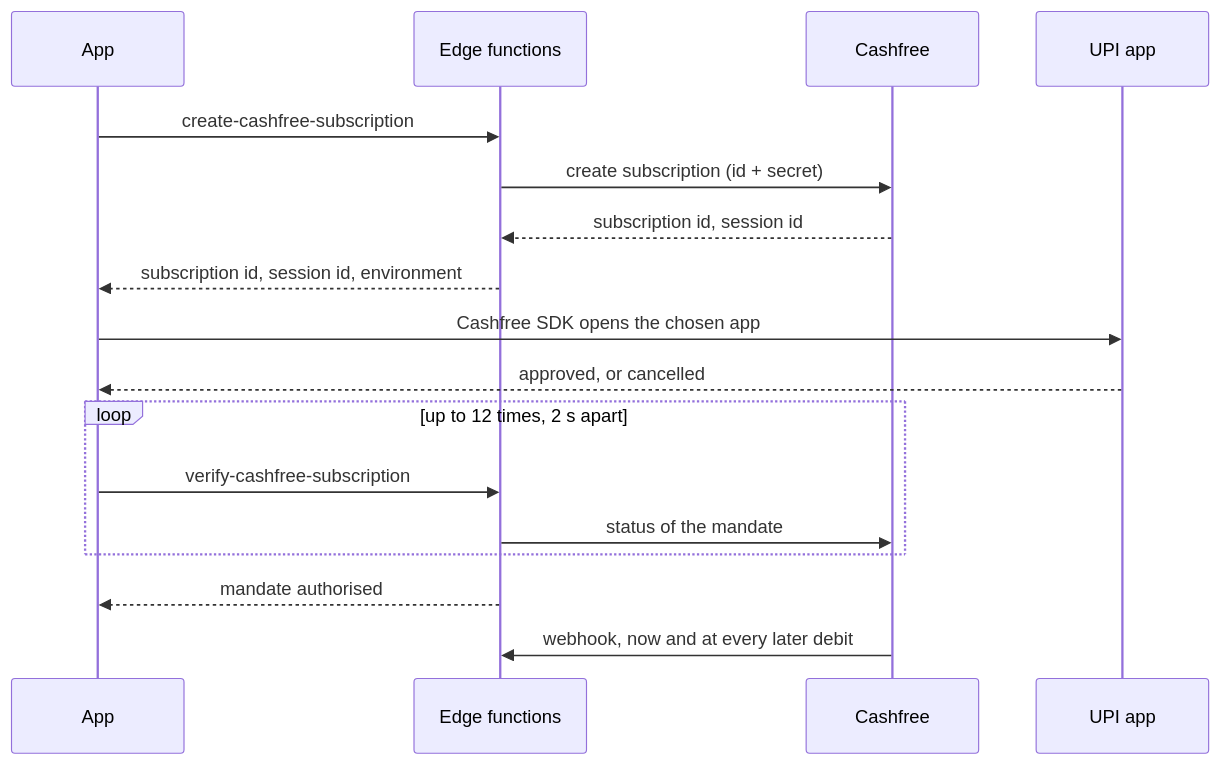
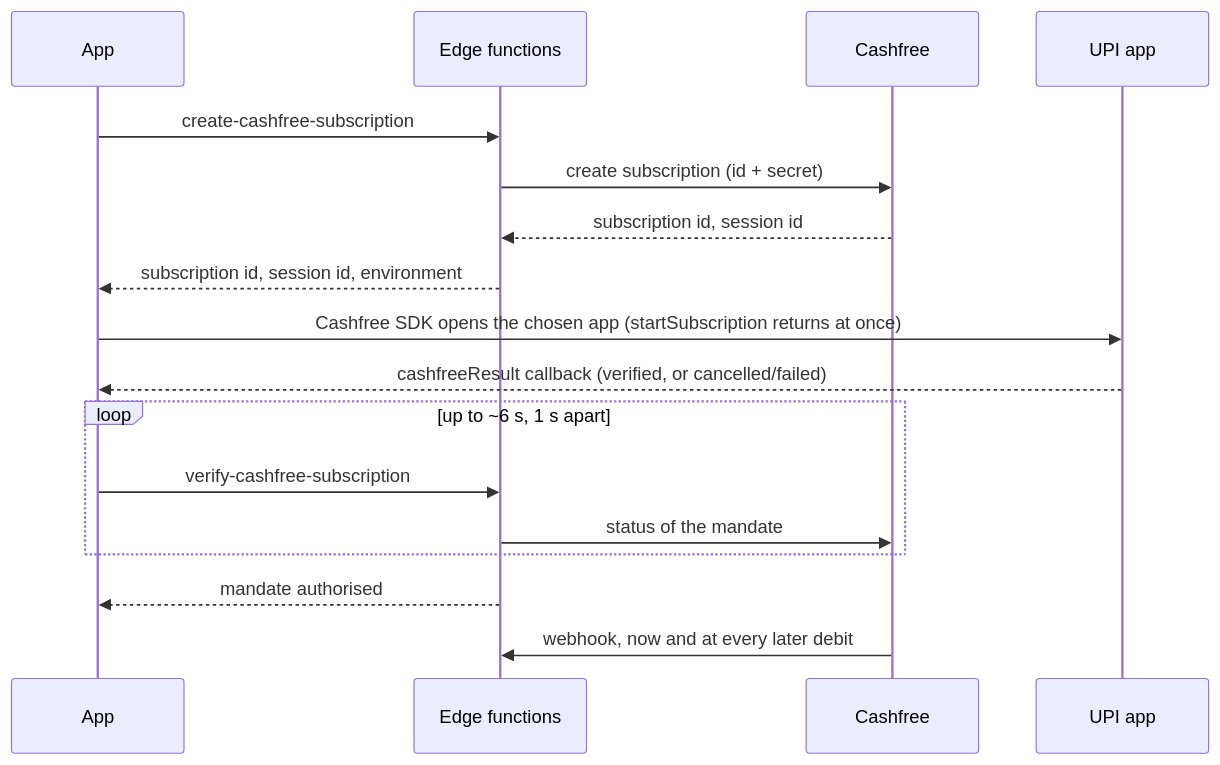
Before and after one commit to ayuzhBhakti/notes_app: the second of 3 diagrams in docs/09-deep-link-onboarding.md, drawn with Mermaid. The commit also changed other lines of this file and 51 other files, not shown here.

First line of the commit message:
Refactor onboarding flow tests to accommodate review account functionality and web page handling

````diff
--- a/docs/09-deep-link-onboarding.md
+++ b/docs/09-deep-link-onboarding.md
@@ -179,19 +177,19 @@
 ```mermaid
 sequenceDiagram
     participant App
     participant Fn as Edge functions
     participant CF as Cashfree
     participant UPI as UPI app
     App->>Fn: create-cashfree-subscription
     Fn->>CF: create subscription (id + secret)
     CF-->>Fn: subscription id, session id
     Fn-->>App: subscription id, session id, environment
-    App->>UPI: Cashfree SDK opens the chosen app
-    UPI-->>App: approved, or cancelled
-    loop up to 12 times, 2 s apart
+    App->>UPI: Cashfree SDK opens the chosen app (startSubscription returns at once)
+    UPI-->>App: cashfreeResult callback (verified, or cancelled/failed)
+    loop up to ~6 s, 1 s apart
         App->>Fn: verify-cashfree-subscription
         Fn->>CF: status of the mandate
     end
     Fn-->>App: mandate authorised
     CF->>Fn: webhook, now and at every later debit
 ```
````
